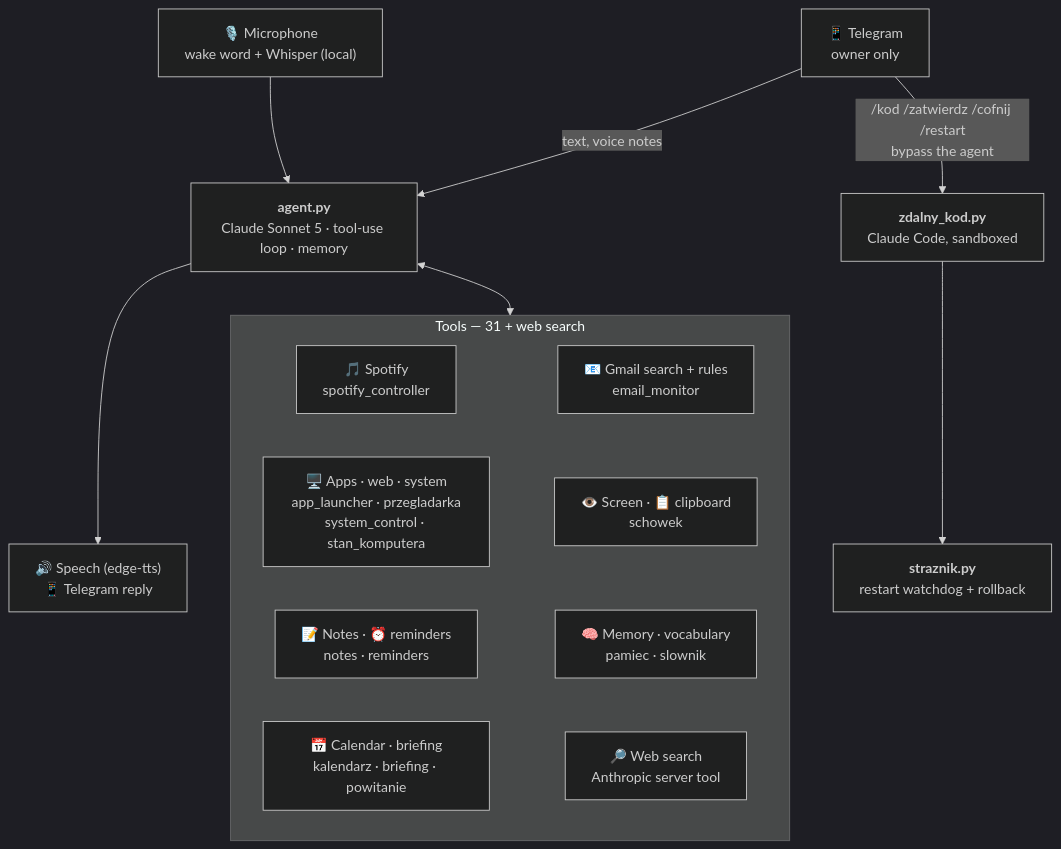
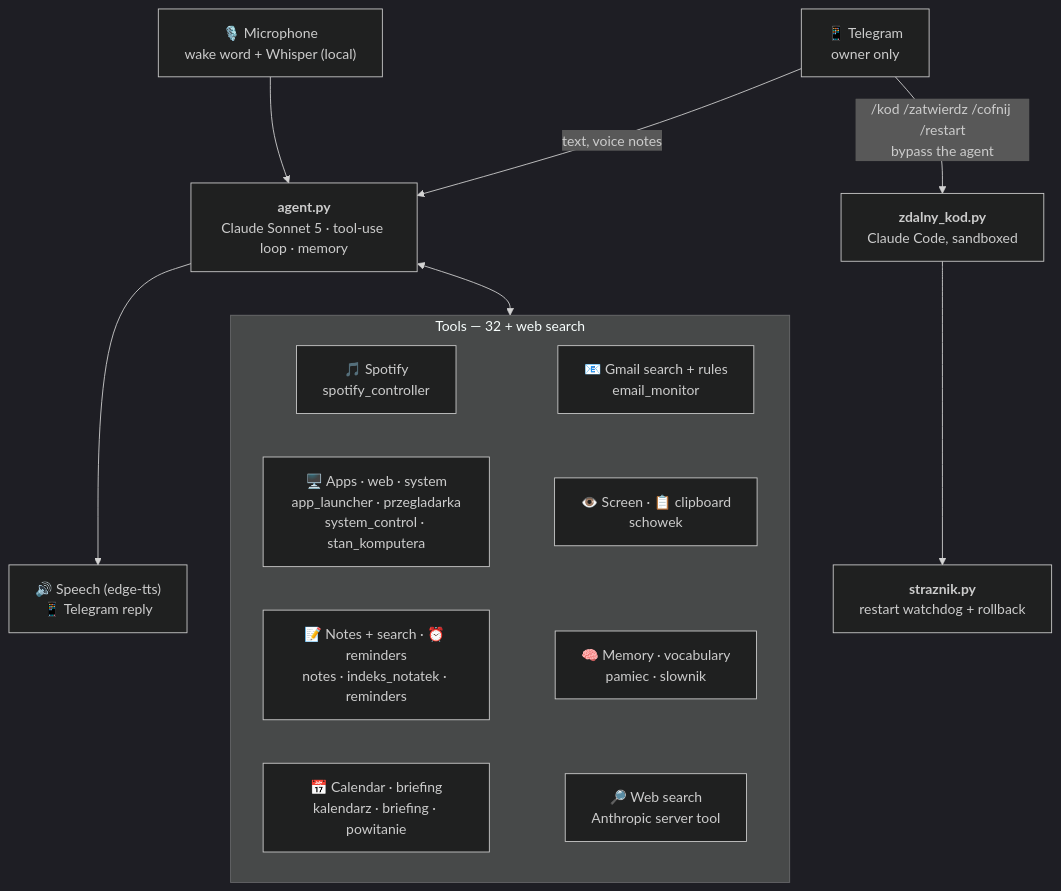
The diagram in README.md (klosuj3bator/Jarvis-voice-assistant), drawn with Mermaid (dark theme) before and after one commit. The commit also changed other lines of this file and 23 other files, not shown here.

````diff
--- a/README.md
+++ b/README.md
@@ -21,18 +21,18 @@
 ```mermaid
 flowchart TD
     MIC["🎙️ Microphone<br/>wake word + Whisper (local)"] --> AG
     TG["📱 Telegram<br/>owner only"] -- "text, voice notes" --> AG
     AG["<b>agent.py</b><br/>Claude Sonnet 5 · tool-use loop · memory"]
     AG --> OUT["🔊 Speech (edge-tts)<br/>📱 Telegram reply"]
     AG <--> TOOLS
 
-    subgraph TOOLS ["Tools — 31 + web search"]
+    subgraph TOOLS ["Tools — 32 + web search"]
         T1["🎵 Spotify<br/>spotify_controller"] ~~~ T5["📧 Gmail search + rules<br/>email_monitor"]
         T2["🖥️ Apps · web · system<br/>app_launcher · przegladarka<br/>system_control · stan_komputera"] ~~~ T6["👁️ Screen · 📋 clipboard<br/>schowek"]
-        T3["📝 Notes · ⏰ reminders<br/>notes · reminders"] ~~~ T7["🧠 Memory · vocabulary<br/>pamiec · slownik"]
+        T3["📝 Notes + search · ⏰ reminders<br/>notes · indeks_notatek · reminders"] ~~~ T7["🧠 Memory · vocabulary<br/>pamiec · slownik"]
         T4["📅 Calendar · briefing<br/>kalendarz · briefing · powitanie"] ~~~ T8["🔎 Web search<br/>Anthropic server tool"]
     end
 
     TG -- "/kod /zatwierdz /cofnij /restart<br/>bypass the agent" --> RC["<b>zdalny_kod.py</b><br/>Claude Code, sandboxed"]
     RC --> WD["<b>straznik.py</b><br/>restart watchdog + rollback"]
 ```
````
